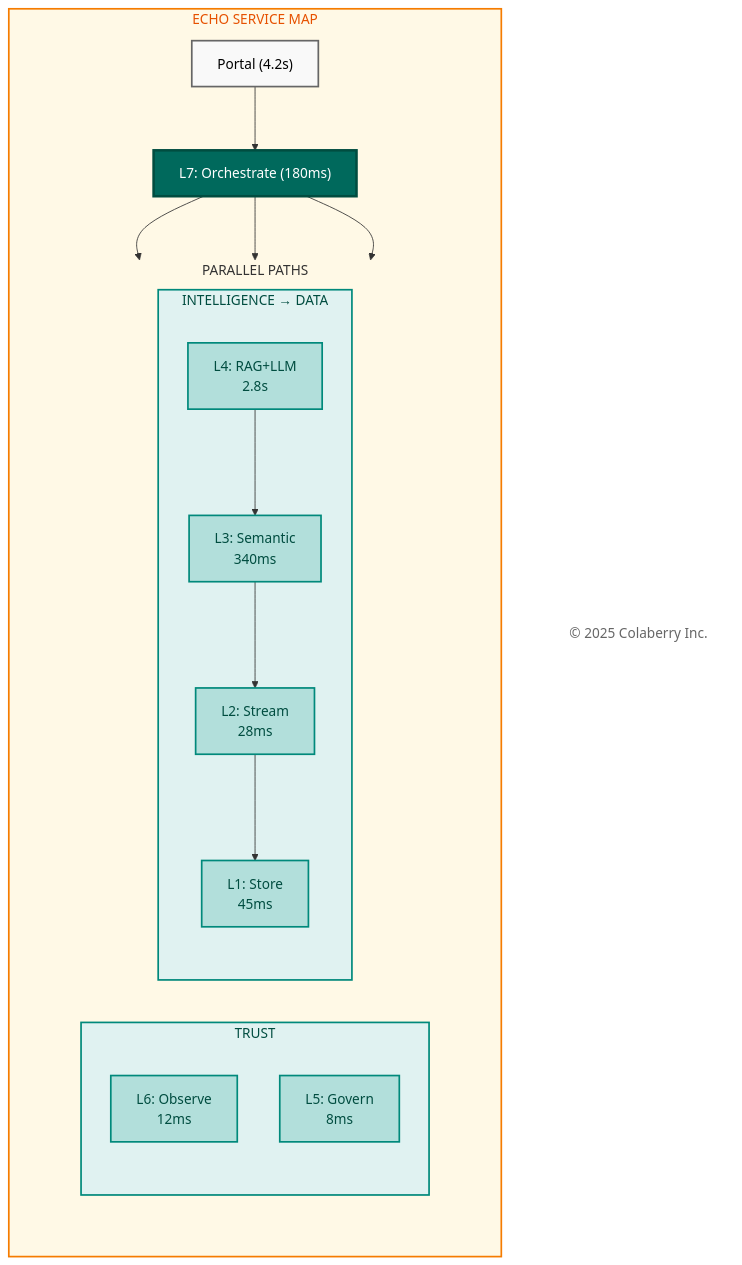
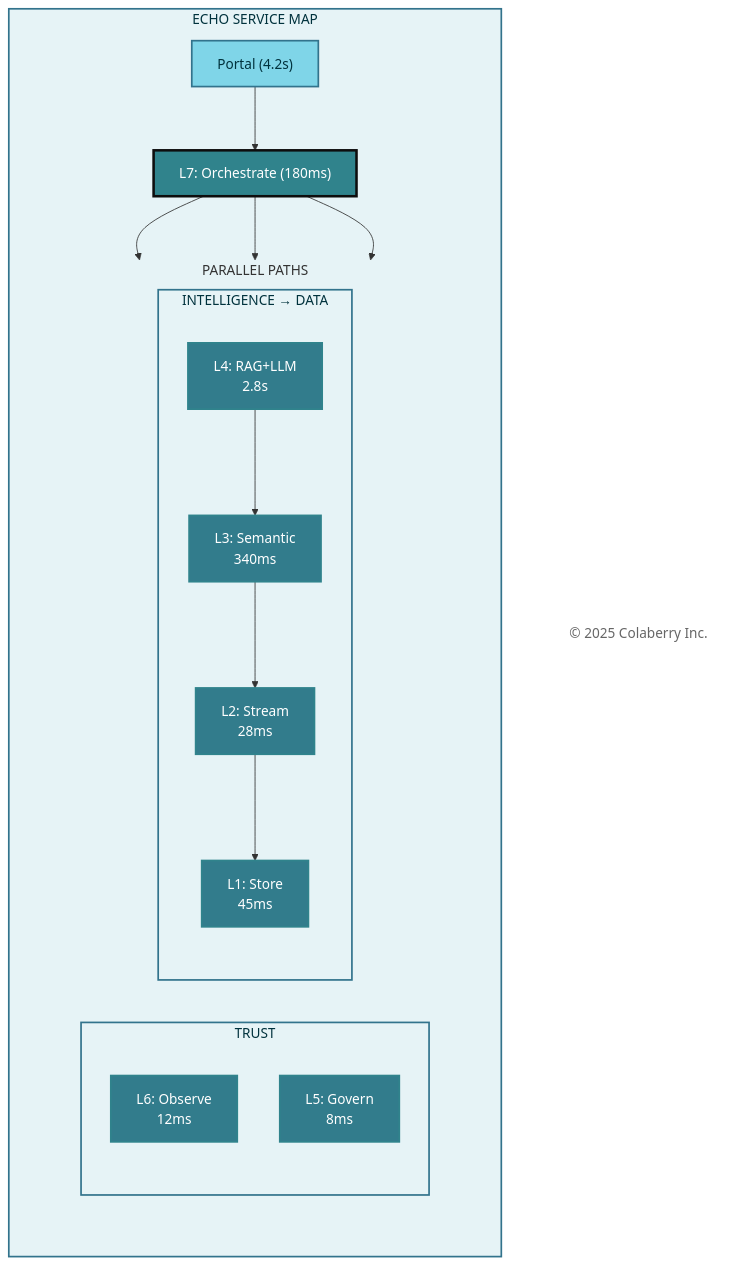
The eighth of 14 diagrams in manuscript/07_chapter_6_transparency_orchestration_layers.md (saitejesh-cyber/trust-before-intelligence-book), drawn with Mermaid before and after one commit. The commit also changed other lines of this file, not shown here.

Commit message:
Update mermaid diagrams as per new coloberry color and contrast ratio for chapter 7

````diff
--- a/manuscript/07_chapter_6_transparency_orchestration_layers.md
+++ b/manuscript/07_chapter_6_transparency_orchestration_layers.md
@@ -674,49 +674,49 @@
 ```mermaid
 
 graph TB
     subgraph ECHO["ECHO SERVICE MAP"]
         direction TB
         UI["Portal (4.2s)"]
         L7["L7: Orchestrate (180ms)"]
         
         subgraph PARALLEL["PARALLEL PATHS"]
             direction LR
             subgraph TRUST["TRUST"]
                 direction TB
                 L6["L6: Observe<br/>12ms"]
                 L5["L5: Govern<br/>8ms"]
             end
             
             subgraph INTEL["INTELLIGENCE → DATA"]
                 direction TB
                 L4["L4: RAG+LLM<br/>2.8s"]
                 L3["L3: Semantic<br/>340ms"]
                 L2["L2: Stream<br/>28ms"]
                 L1["L1: Store<br/>45ms"]
                 L4 --> L3 --> L2 --> L1
             end
         end
     end
     
     Copyright["© 2025 Colaberry Inc."]
     
     UI --> L7
     L7 --> L6
     L7 --> L5
     L7 --> L4
     
-    style ECHO fill:#fff9e6,stroke:#f57c00,stroke-width:2px,color:#e65100
+    style ECHO fill:#E6F3F6,stroke:#32738C,stroke-width:2px,color:#00323D
     style PARALLEL fill:none,stroke:none
-    style TRUST fill:#e0f2f1,stroke:#00897b,stroke-width:2px,color:#004d40
-    style INTEL fill:#e0f2f1,stroke:#00897b,stroke-width:2px,color:#004d40
-    style UI fill:#f9f9f9,stroke:#666666,stroke-width:2px,color:#000000
-    style L7 fill:#00695c,color:#ffffff,stroke:#004d40,stroke-width:3px
-    style L6 fill:#b2dfdb,stroke:#00897b,stroke-width:2px,color:#004d40
-    style L5 fill:#b2dfdb,stroke:#00897b,stroke-width:2px,color:#004d40
-    style L4 fill:#b2dfdb,stroke:#00897b,stroke-width:2px,color:#004d40
-    style L3 fill:#b2dfdb,stroke:#00897b,stroke-width:2px,color:#004d40
-    style L2 fill:#b2dfdb,stroke:#00897b,stroke-width:2px,color:#004d40
-    style L1 fill:#b2dfdb,stroke:#00897b,stroke-width:2px,color:#004d40
+    style TRUST fill:#E6F3F6,stroke:#32738C,stroke-width:2px,color:#00323D
+    style INTEL fill:#E6F3F6,stroke:#32738C,stroke-width:2px,color:#00323D
+    style UI fill:#7FD5E8,stroke:#32738C,stroke-width:2px,color:#00323D
+    style L7 fill:#30838C,color:#ffffff,stroke:#0D0D0D,stroke-width:3px
+    style L6 fill:#327C8C,stroke:#30838C,stroke-width:2px,color:#ffffff
+    style L5 fill:#327C8C,stroke:#30838C,stroke-width:2px,color:#ffffff
+    style L4 fill:#327C8C,stroke:#30838C,stroke-width:2px,color:#ffffff
+    style L3 fill:#327C8C,stroke:#30838C,stroke-width:2px,color:#ffffff
+    style L2 fill:#327C8C,stroke:#30838C,stroke-width:2px,color:#ffffff
+    style L1 fill:#327C8C,stroke:#30838C,stroke-width:2px,color:#ffffff
     style Copyright fill:#ffffff,stroke:none,color:#666666
 
 ```
````
